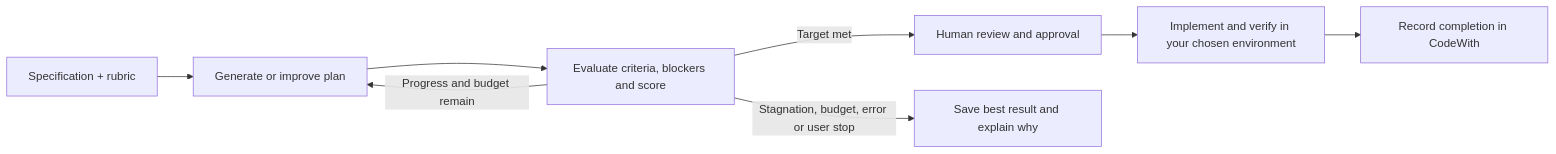
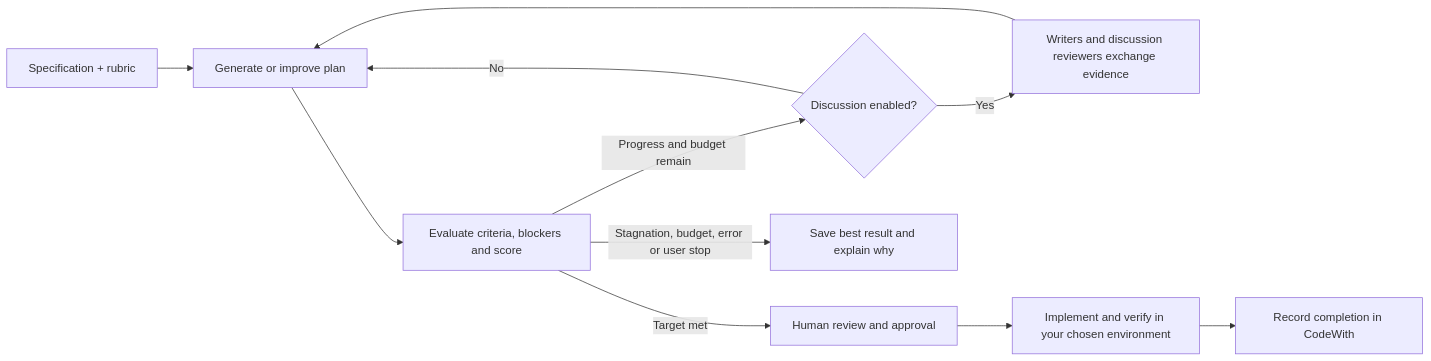
One commit to jjjuuuun/codewith changed the diagram in README.md. Above: the diagram before and after it, drawn with Mermaid. The commit also changed other lines of this file and 25 other files, not shown here.

````diff
--- a/README.md
+++ b/README.md
@@ -37,10 +49,13 @@
 ```mermaid
 flowchart LR
     S[Specification + rubric] --> P[Generate or improve plan]
     P --> E[Evaluate criteria, blockers and score]
     E -->|Target met| H[Human review and approval]
-    E -->|Progress and budget remain| P
+    E -->|Progress and budget remain| D{Discussion enabled?}
+    D -->|Yes| T[Writers and discussion reviewers exchange evidence]
+    T --> P
+    D -->|No| P
     E -->|Stagnation, budget, error or user stop| R[Save best result and explain why]
     H --> I[Implement and verify in your chosen environment]
     I --> C[Record completion in CodeWith]
 ```
````
